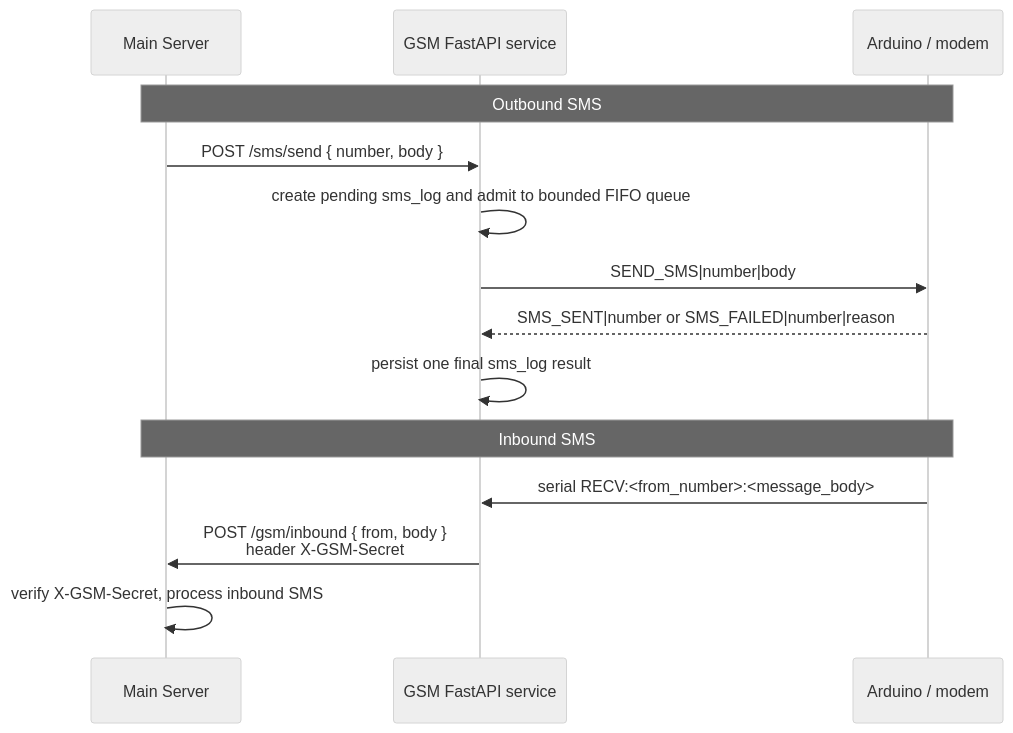
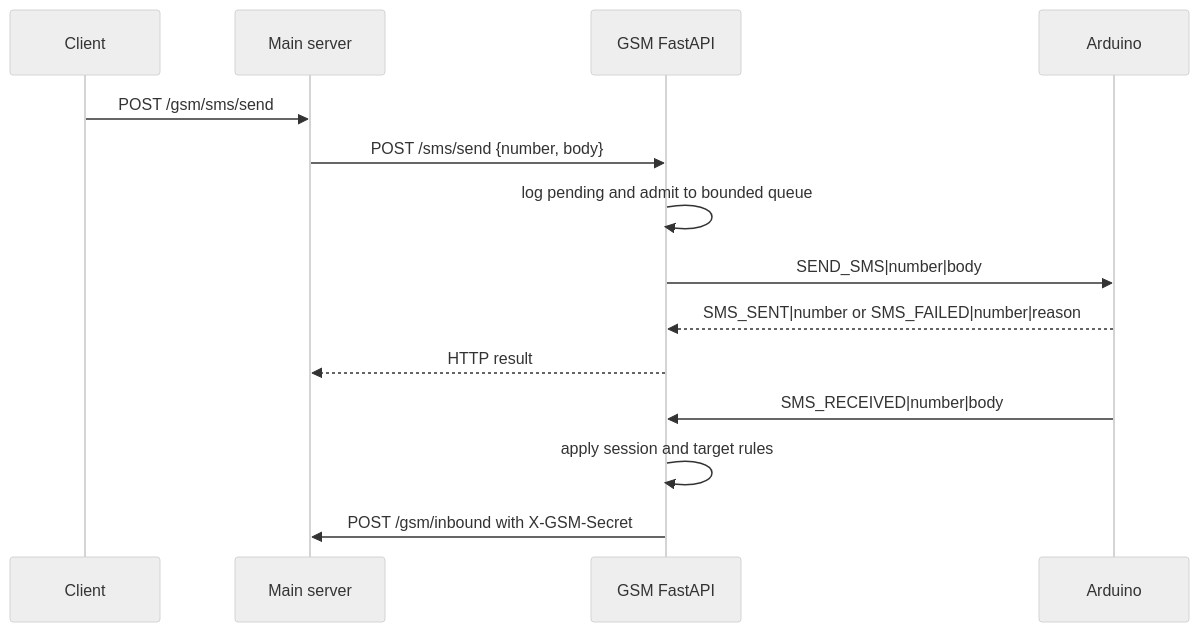
The diagram in docs/features/sms-gateway/design.md (SAPOT-System/YLP-software), drawn with Mermaid (neutral theme) before and after one commit. The commit also changed other lines of this file and 3 other files, not shown here.

Commit message:
docs(gsm-gateway): correct service contracts

````diff
--- a/docs/features/sms-gateway/design.md
+++ b/docs/features/sms-gateway/design.md
@@ -31,18 +17,18 @@
 ```mermaid
 sequenceDiagram
-    participant Main as Main Server
-    participant GSM as GSM FastAPI service
-    participant Ard as Arduino / modem
+    participant Client
+    participant Main as Main server
+    participant GSM as GSM FastAPI
+    participant Arduino
 
-    Note over Main,Ard: Outbound SMS
-    Main->>GSM: POST /sms/send { number, body }
-    GSM->>GSM: create pending sms_log and admit to bounded FIFO queue
-    GSM->>Ard: SEND_SMS|number|body
-    Ard-->>GSM: SMS_SENT|number or SMS_FAILED|number|reason
-    GSM->>GSM: persist one final sms_log result
+    Client->>Main: POST /gsm/sms/send
+    Main->>GSM: POST /sms/send {number, body}
+    GSM->>GSM: log pending and admit to bounded queue
+    GSM->>Arduino: SEND_SMS|number|body
+    Arduino-->>GSM: SMS_SENT|number or SMS_FAILED|number|reason
+    GSM-->>Main: HTTP result
 
-    Note over Main,Ard: Inbound SMS
-    Ard->>GSM: serial RECV:<from_number>:<message_body>
-    GSM->>Main: POST /gsm/inbound { from, body }<br/>header X-GSM-Secret
-    Main->>Main: verify X-GSM-Secret, process inbound SMS
+    Arduino->>GSM: SMS_RECEIVED|number|body
+    GSM->>GSM: apply session and target rules
+    GSM->>Main: POST /gsm/inbound with X-GSM-Secret
 ```
````
